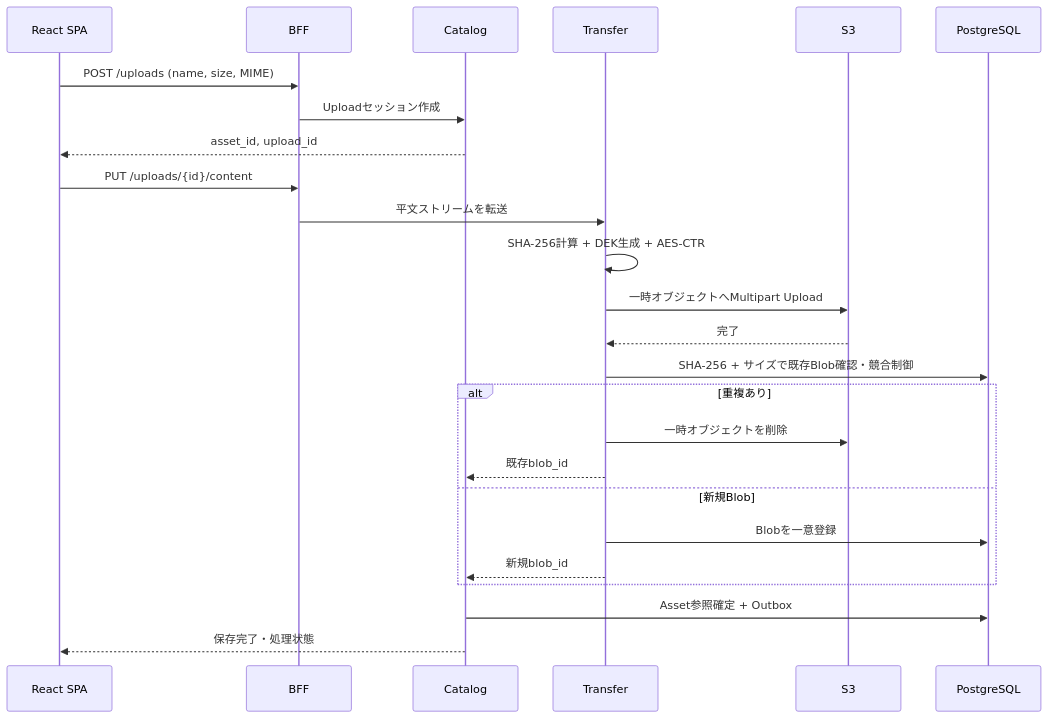
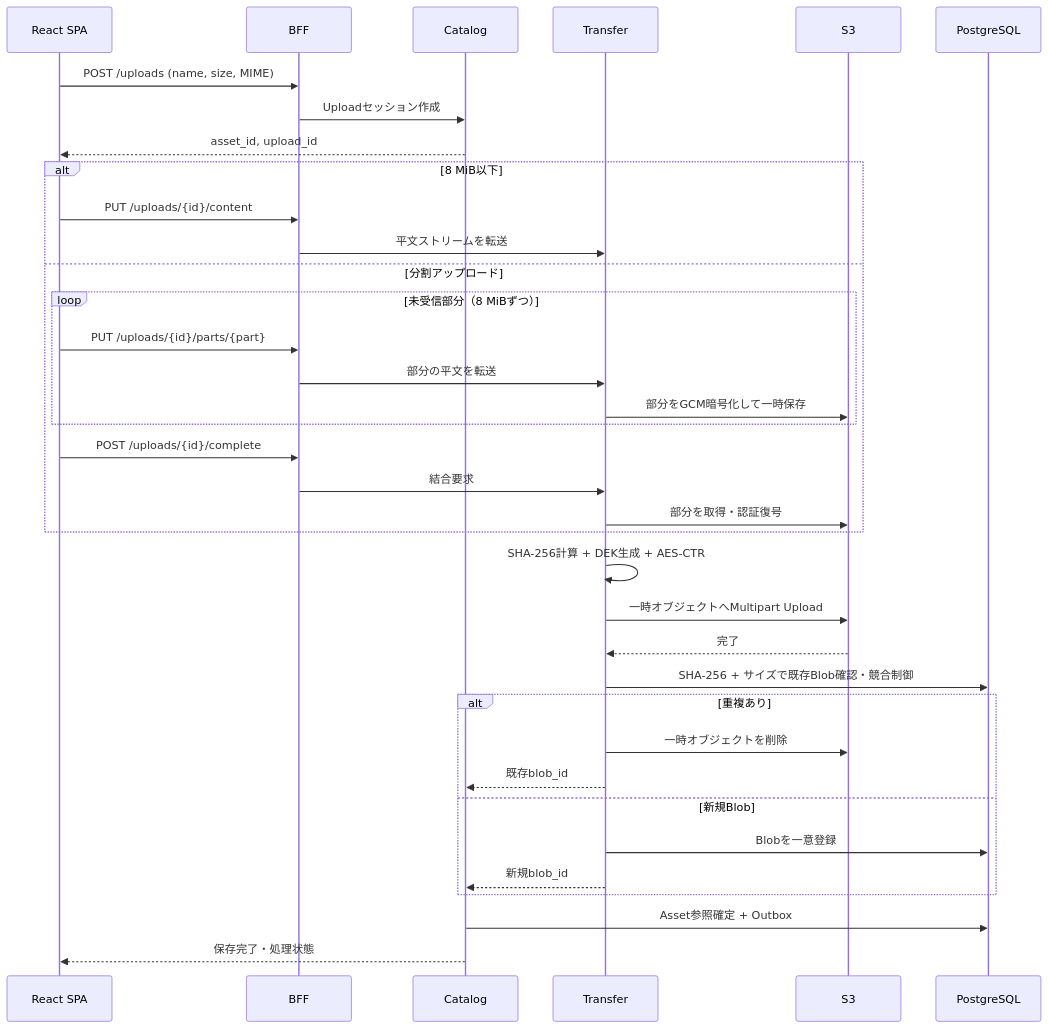
The third of 4 diagrams in media-storage-spec-v2.md (usbharu/ocms), drawn with Mermaid before and after one commit. The commit also changed other lines of this file and 19 other files, not shown here.

````diff
--- a/media-storage-spec-v2.md
+++ b/media-storage-spec-v2.md
@@ -442,28 +459,39 @@
 ```mermaid
 sequenceDiagram
     participant SPA as React SPA
     participant BFF as BFF
     participant CAT as Catalog
     participant X as Transfer
     participant S3 as S3
     participant DB as PostgreSQL
 
     SPA->>BFF: POST /uploads (name, size, MIME)
     BFF->>CAT: Uploadセッション作成
     CAT-->>SPA: asset_id, upload_id
-    SPA->>BFF: PUT /uploads/{id}/content
-    BFF->>X: 平文ストリームを転送
+    alt 8 MiB以下
+      SPA->>BFF: PUT /uploads/{id}/content
+      BFF->>X: 平文ストリームを転送
+    else 分割アップロード
+      loop 未受信部分（8 MiBずつ）
+        SPA->>BFF: PUT /uploads/{id}/parts/{part}
+        BFF->>X: 部分の平文を転送
+        X->>S3: 部分をGCM暗号化して一時保存
+      end
+      SPA->>BFF: POST /uploads/{id}/complete
+      BFF->>X: 結合要求
+      X->>S3: 部分を取得・認証復号
+    end
     X->>X: SHA-256計算 + DEK生成 + AES-CTR
     X->>S3: 一時オブジェクトへMultipart Upload
     S3-->>X: 完了
     X->>DB: SHA-256 + サイズで既存Blob確認・競合制御
     alt 重複あり
       X->>S3: 一時オブジェクトを削除
       X-->>CAT: 既存blob_id
     else 新規Blob
       X->>DB: Blobを一意登録
       X-->>CAT: 新規blob_id
     end
     CAT->>DB: Asset参照確定 + Outbox
     CAT-->>SPA: 保存完了・処理状態
 ```
````
